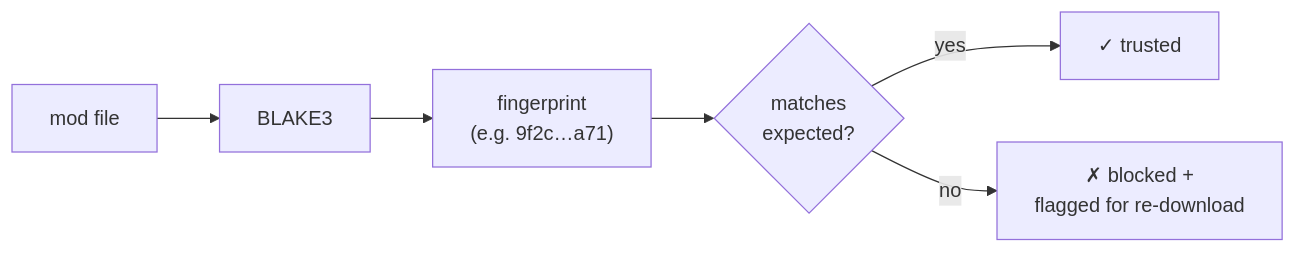
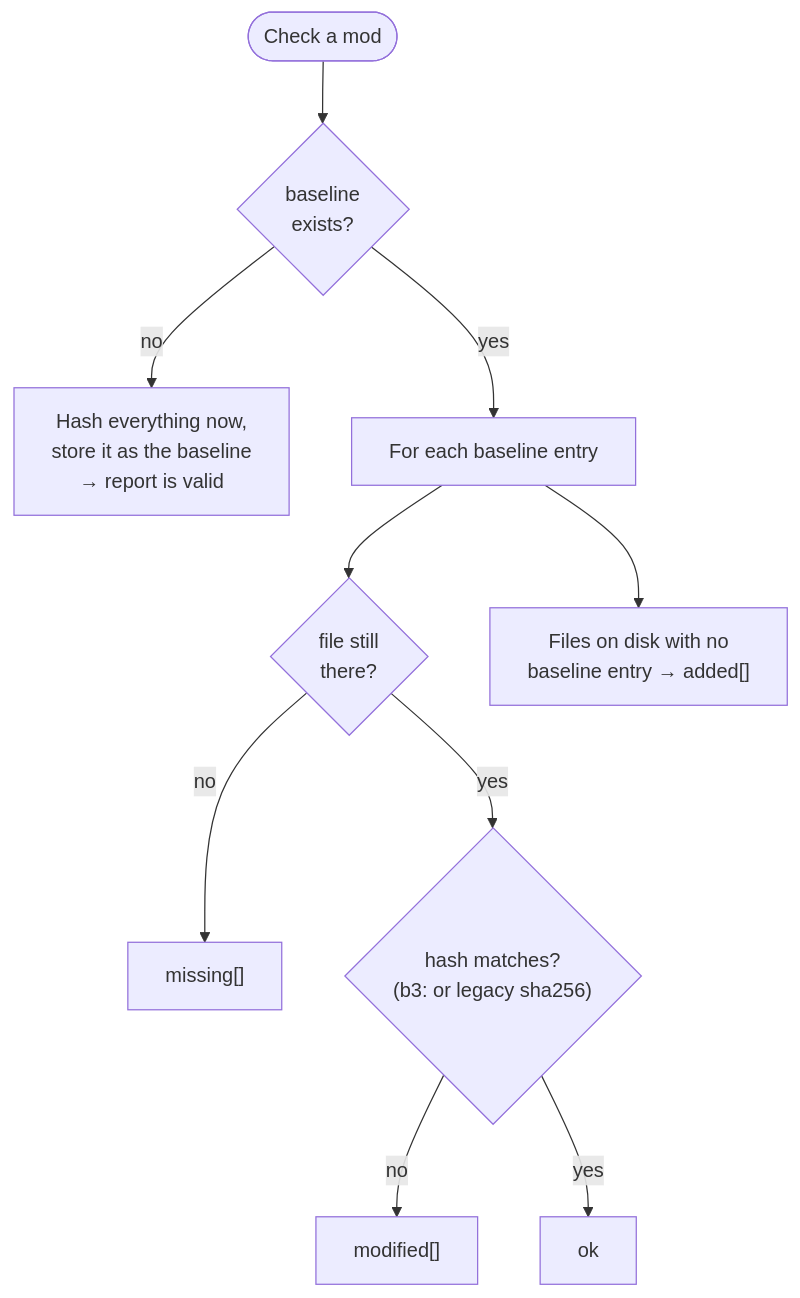
The first of 2 diagrams in docs/how-it-works/integrity-hashing.md (FreeProject089/BMM-Docs), drawn with Mermaid before and after one commit. The commit also changed other lines of this file and 7 other files, not shown here.

````diff
--- a/docs/how-it-works/integrity-hashing.md
+++ b/docs/how-it-works/integrity-hashing.md
@@ -14,8 +67,12 @@
 ```mermaid
-flowchart LR
-    FILE["mod file"] --> B3["BLAKE3"]
-    B3 --> H["fingerprint<br/>(e.g. 9f2c…a71)"]
-    H --> CMP{"matches<br/>expected?"}
-    CMP -- yes --> OK["✓ trusted"]
-    CMP -- no --> BAD["✗ blocked +<br/>flagged for re-download"]
+flowchart TB
+    START([Check a mod]) --> BASE{"baseline<br/>exists?"}
+    BASE -- no --> INIT["Hash everything now,<br/>store it as the baseline<br/>→ report is valid"]
+    BASE -- yes --> WALK["For each baseline entry"]
+    WALK --> EX{"file still<br/>there?"}
+    EX -- no --> MISS["missing[]"]
+    EX -- yes --> CMP{"hash matches?<br/>(b3: or legacy sha256)"}
+    CMP -- no --> MOD["modified[]"]
+    CMP -- yes --> OK["ok"]
+    WALK --> NEW["Files on disk with no<br/>baseline entry → added[]"]
 ```
````
